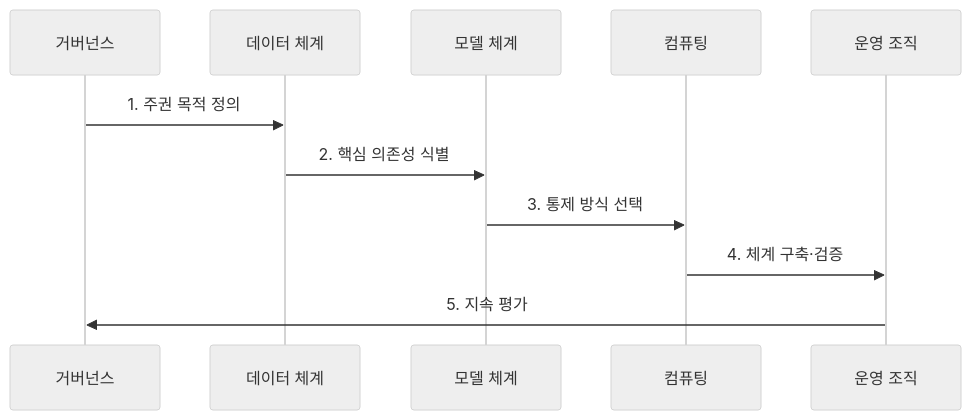
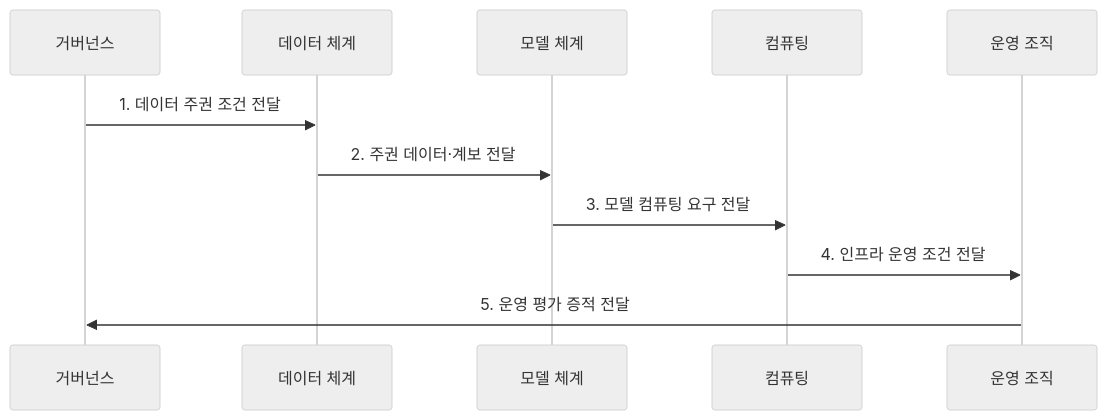
Before and after one commit to agnusdei1207/knowledge-base: the second of 2 diagrams in src/content/docs/notes/08-latest-tech/183_sovereign_ai.md, drawn with Mermaid (neutral theme). The commit also changed other lines of this file and 225 other files, not shown here.

````diff
--- a/src/content/docs/notes/08-latest-tech/183_sovereign_ai.md
+++ b/src/content/docs/notes/08-latest-tech/183_sovereign_ai.md
@@ -75,13 +75,13 @@
 ```mermaid
 sequenceDiagram
   participant G as 거버넌스
   participant D as 데이터 체계
   participant M as 모델 체계
   participant C as 컴퓨팅
   participant O as 운영 조직
-  G->>D: 1. 주권 목적 정의
-  D->>M: 2. 핵심 의존성 식별
-  M->>C: 3. 통제 방식 선택
-  C->>O: 4. 체계 구축·검증
-  O->>G: 5. 지속 평가
+  G->>D: 1. 데이터 주권 조건 전달
+  D->>M: 2. 주권 데이터·계보 전달
+  M->>C: 3. 모델 컴퓨팅 요구 전달
+  C->>O: 4. 인프라 운영 조건 전달
+  O->>G: 5. 운영 평가 증적 전달
 ```
````
